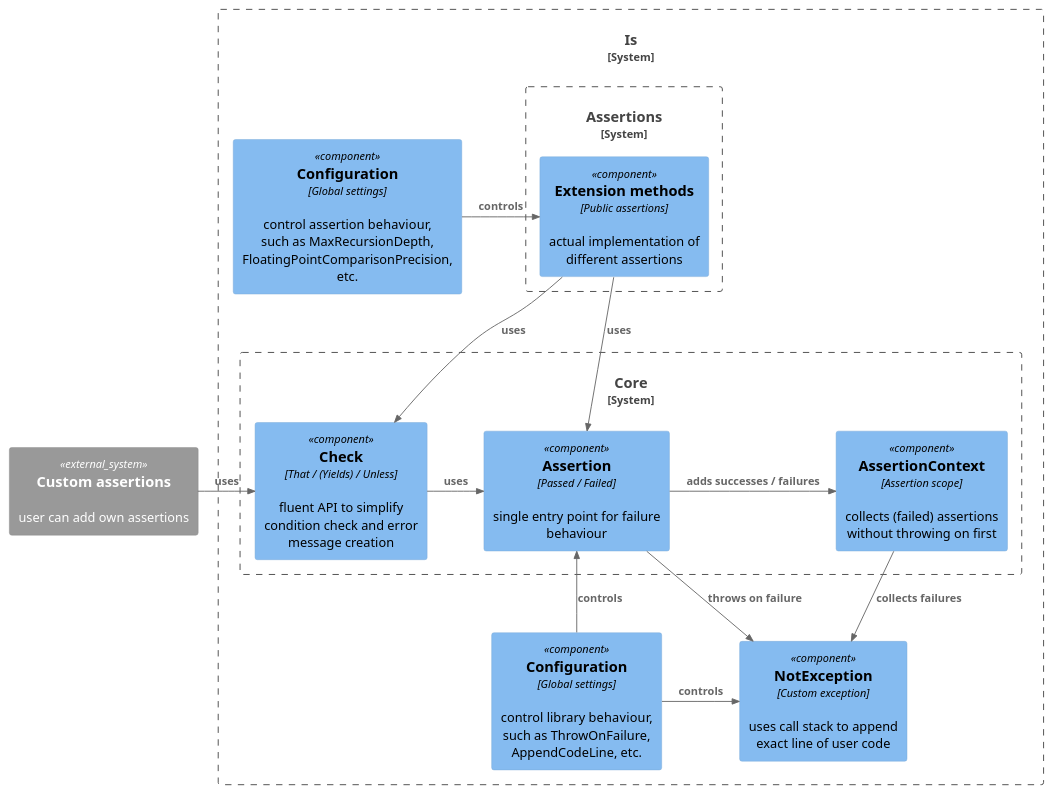
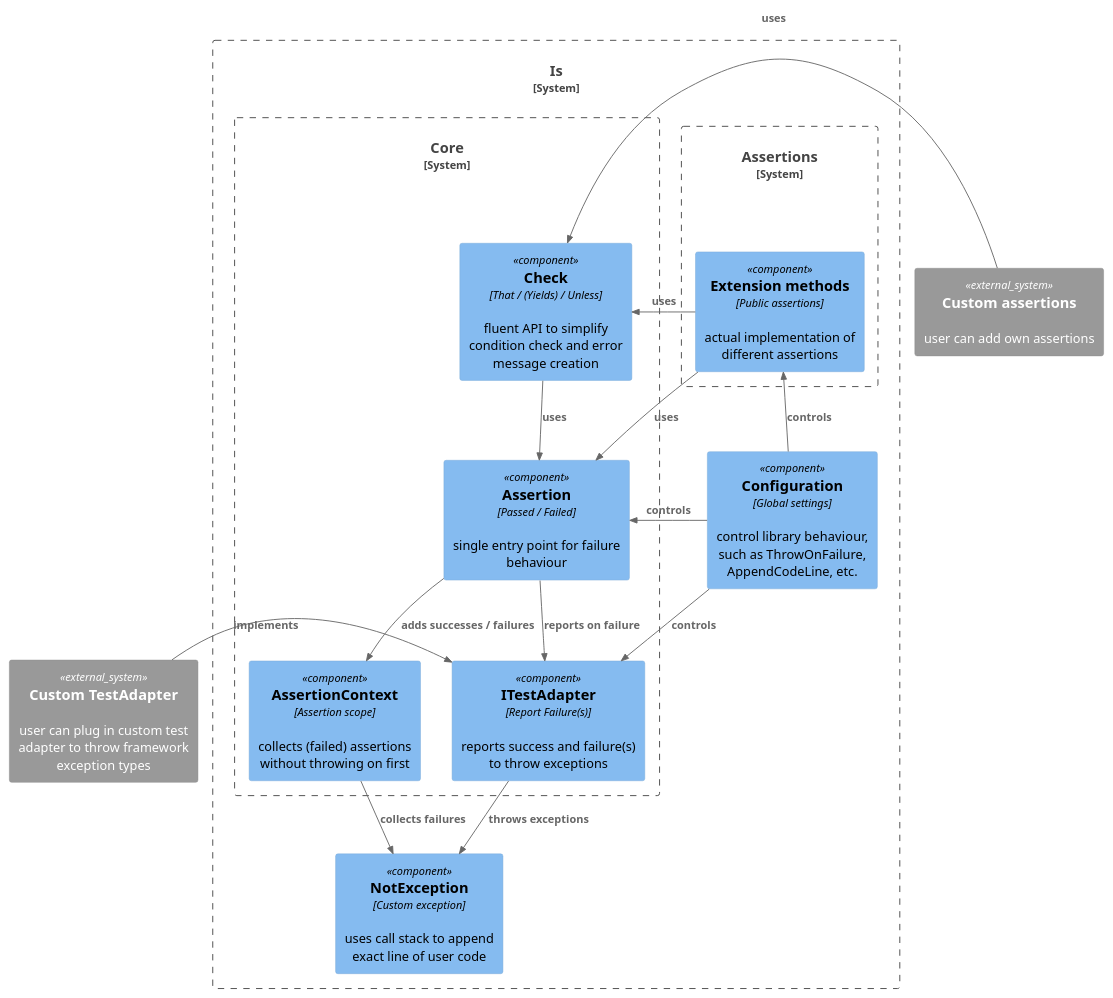
Before and after one commit to chrismo80/Is: the diagram in Docs/Architecture.plantuml, drawn with PlantUML. The commit also changed 1 other file, not shown here.

Commit message:
Ipdate architecture

```diff
--- a/Docs/Architecture.plantuml
+++ b/Docs/Architecture.plantuml
@@ -1,38 +1,44 @@
-@startuml "Is Components"
+@startuml "Architecture"
 
 !include <C4/C4_Component>
 
+' left to right direction
+
 System_Ext(ca, "Custom assertions", "user can add own assertions")
-        
+System_Ext(cta, "Custom TestAdapter", "user can plug in custom test adapter to throw framework exception types")
+
 System_Boundary(Is, "Is") {
     Component(ex, "NotException", "Custom exception", "uses call stack to append exact line of user code")
     Component(conf, "Configuration", "Global settings", "control library behaviour, such as ThrowOnFailure, AppendCodeLine, etc.")
-    Component(confext, "Configuration", "Global settings", "control assertion behaviour, such as MaxRecursionDepth, FloatingPointComparisonPrecision, etc.")
 
     System_Boundary(Assertions, "Assertions") {
         Component(ext, "Extension methods", "Public assertions", "actual implementation of different assertions")
         }
 
     System_Boundary(Core, "Core") {
         Component(ass, "Assertion", "Passed / Failed", "single entry point for failure behaviour")
         Component(check, "Check", "That / (Yields) / Unless", "fluent API to simplify condition check and error message creation")
         Component(ctx, "AssertionContext", "Assertion scope", "collects (failed) assertions without throwing on first")
+        Component(ita, "ITestAdapter", "Report Failure(s)", "reports success and failure(s) to throw exceptions")
         }
     }
 }
 
-Rel(ass, ex, "throws on failure")
+Rel(ass, ita, "reports on failure")
 Rel(ctx, ex, "collects failures")
+Rel(ita, ex, "throws exceptions")
+Rel_R(cta, ita, "implements")
 
-Rel(ext, check, "uses")
+Rel_U(ext, check, "uses")
 Rel(ext, ass, "uses")
-Rel_R(ca, check, "uses")
+Rel_L(ca, check, "uses")
 
-Rel_R(check, ass, "uses")
-Rel_R(ass, ctx, "adds successes / failures")
+Rel(check, ass, "uses")
+Rel(ass, ctx, "adds successes / failures")
 
-Rel_U(conf, ass, "controls")
-Rel_R(conf, ex, "controls")
-Rel_L(confext, ext, "controls")
+Rel_R(conf, ass, "controls")
+Rel(conf, ita, "controls")
+Rel_U(conf, ext, "controls")
+
 
 @enduml
```
